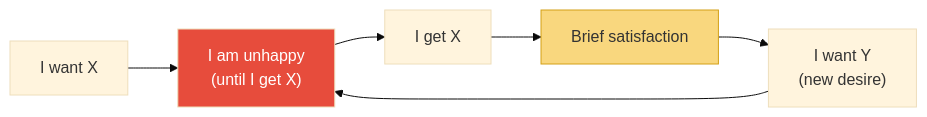
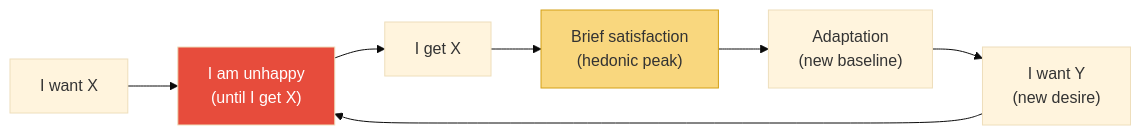
The fourth of 6 diagrams in summaries/Mindset & Self-Mastery/The Almanack of Naval Ravikant - Eric Jorgenson.md (alius33/reader), drawn with Mermaid (base theme) before and after one commit. The commit also changed other lines of this file and 272 other files, not shown here.

````diff
--- a/summaries/Mindset & Self-Mastery/The Almanack of Naval Ravikant - Eric Jorgenson.md
+++ b/summaries/Mindset & Self-Mastery/The Almanack of Naval Ravikant - Eric Jorgenson.md
@@ -277,10 +496,11 @@
 ```mermaid
 flowchart LR
-    A["I want X"] --> B["I am unhappy\n(until I get X)"]
+    A["I want X"] --> B["I am unhappy<br>(until I get X)"]
     B --> C["I get X"]
-    C --> D["Brief satisfaction"]
-    D --> E["I want Y\n(new desire)"]
-    E --> B
+    C --> D["Brief satisfaction<br>(hedonic peak)"]
+    D --> E["Adaptation<br>(new baseline)"]
+    E --> F["I want Y<br>(new desire)"]
+    F --> B
     style B fill:#e74c3c,color:#fff
     style D fill:#f9d77e,stroke:#d4a017
 ```
````
